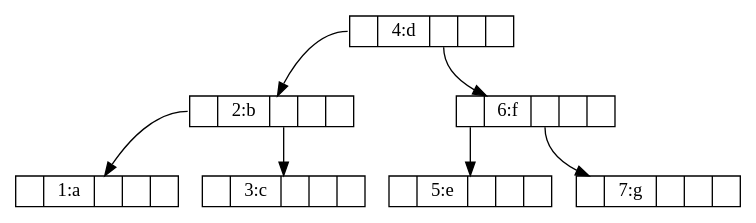
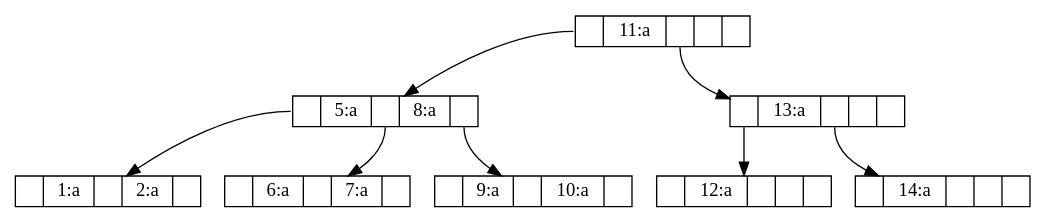
Before and after one commit to WasmVM/wvmcc: the diagram in misc/out.dot, drawn with Graphviz. The commit also changed 4 other files, not shown here.

```diff
--- a/misc/out.dot
+++ b/misc/out.dot
@@ -1,16 +1,18 @@
 digraph{node [shape = record,height=.1];
-node0[label = "<f0> |4:d|<f1> | |<f2>"];
-node1[label = "<f0> |2:b|<f1> | |<f2>"];
-node2[label = "<f0> |1:a|<f1> | |<f2>"];
-"node1":f0 -> "node2";
-node3[label = "<f0> |3:c|<f1> | |<f2>"];
-"node1":f1 -> "node3";
-"node0":f0 -> "node1";
-node4[label = "<f0> |6:f|<f1> | |<f2>"];
-node5[label = "<f0> |5:e|<f1> | |<f2>"];
-"node4":f0 -> "node5";
-node6[label = "<f0> |7:g|<f1> | |<f2>"];
-"node4":f1 -> "node6";
-"node0":f1 -> "node4";
+node162[label = "<f0> |11:a|<f1> | |<f2>"];
+node163[label = "<f0> |5:a|<f1> |8:a|<f2>"];
+node164[label = "<f0> |1:a|<f1> |2:a|<f2>"];
+"node163":f0 -> "node164";
+node165[label = "<f0> |6:a|<f1> |7:a|<f2>"];
+"node163":f1 -> "node165";
+node166[label = "<f0> |9:a|<f1> |10:a|<f2>"];
+"node163":f2 -> "node166";
+"node162":f0 -> "node163";
+node167[label = "<f0> |13:a|<f1> | |<f2>"];
+node168[label = "<f0> |12:a|<f1> | |<f2>"];
+"node167":f0 -> "node168";
+node169[label = "<f0> |14:a|<f1> | |<f2>"];
+"node167":f1 -> "node169";
+"node162":f1 -> "node167";
 
 }
```
